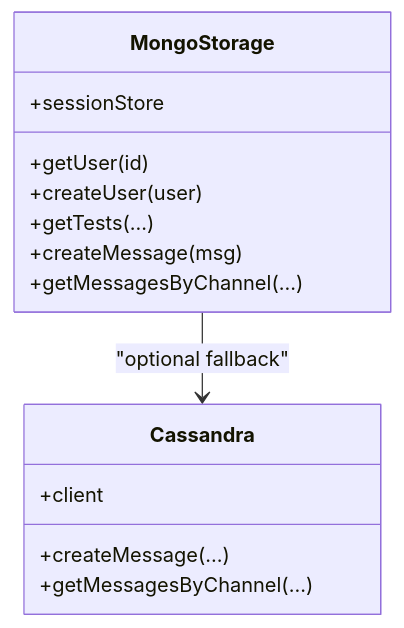
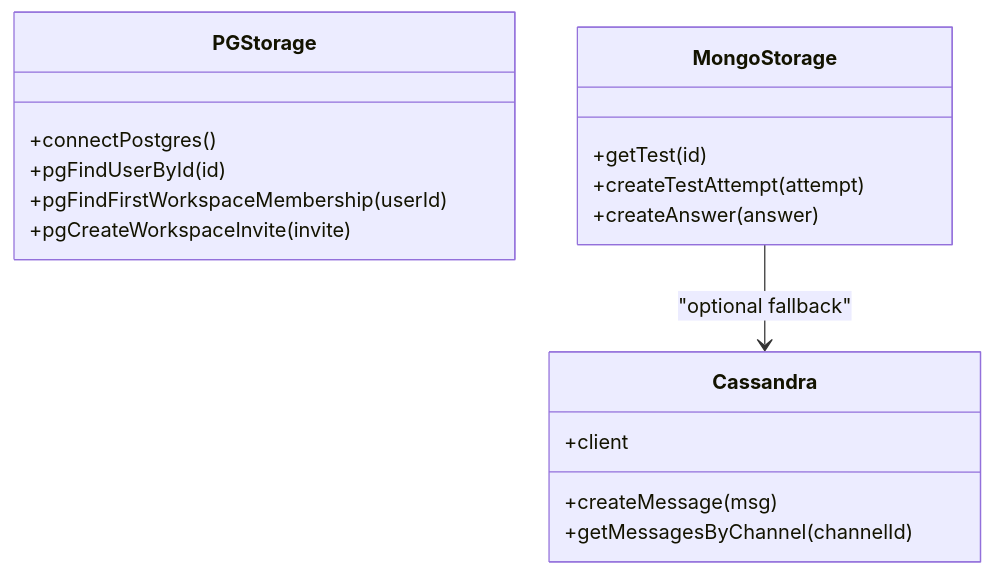
Before and after one commit to nitishssh/Class-mode: the fourth of 5 diagrams in docs/code-wiki/content/Getting Started.md, drawn with Mermaid. The commit also changed other lines of this file and 4 other files, not shown here.

Commit message:
docs: update architecture documentation to reflect PostgreSQL integration, local authentication, and multi-provider AI features

````diff
--- a/docs/code-wiki/content/Getting Started.md
+++ b/docs/code-wiki/content/Getting Started.md
@@ -269,17 +262,20 @@
 ```mermaid
 classDiagram
+class PGStorage {
++connectPostgres()
++pgFindUserById(id)
++pgFindFirstWorkspaceMembership(userId)
++pgCreateWorkspaceInvite(invite)
+}
 class MongoStorage {
-+sessionStore
-+getUser(id)
-+createUser(user)
-+getTests(...)
-+createMessage(msg)
-+getMessagesByChannel(...)
++getTest(id)
++createTestAttempt(attempt)
++createAnswer(answer)
 }
 class Cassandra {
 +client
-+createMessage(...)
-+getMessagesByChannel(...)
++createMessage(msg)
++getMessagesByChannel(channelId)
 }
 MongoStorage --> Cassandra : "optional fallback"
 ```
````
